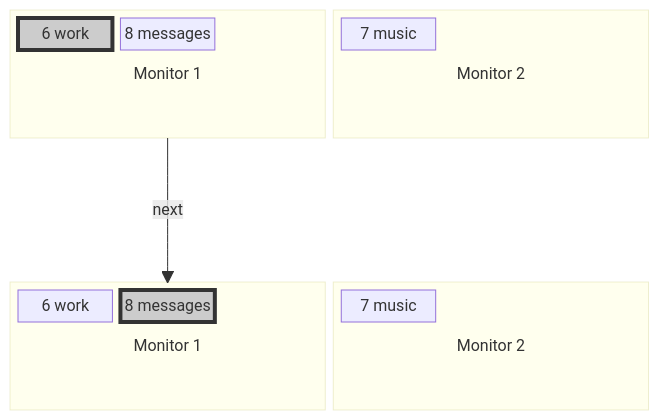
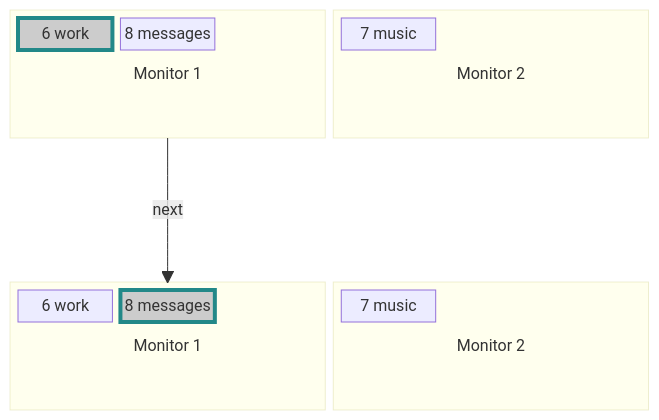
One commit to berezowski/swaymsg_workspace changed the first of 10 diagrams in README.md. Above: the diagram before and after it, drawn with Mermaid. The commit also changed other lines of this file, not shown here.

````diff
--- a/README.md
+++ b/README.md
@@ -12,30 +12,30 @@
 ```mermaid
 block-beta
   columns 2
     block:a1["Monitor 1"]:1
       columns 3
       A1["6 work"]
       B1["8 messages"]
       space:6
     end
     block:a2["Monitor 2"]:1
       columns 3
       A2["7 music"]
       space:6    
     end
   space:2
     block:b1["Monitor 1"]:1
       columns 3
       C1["6 work"]
       D1["8 messages"]
       space:6
     end
     block:b2["Monitor 2"]:1
       columns 3
       B2["7 music"]
       space:6    
     end
   a1 -- "next" --> b1
-  style A1 fill:#ccc,stroke:#333,stroke-width:4px
-  style D1 fill:#ccc,stroke:#333,stroke-width:4px
+  style A1 fill:#ccc,stroke:#288,stroke-width:4px,color:#000
+  style D1 fill:#ccc,stroke:#288,stroke-width:4px,color:#000
 ```
````
